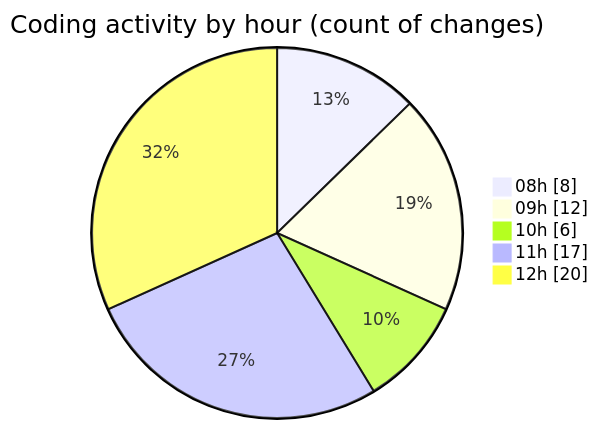
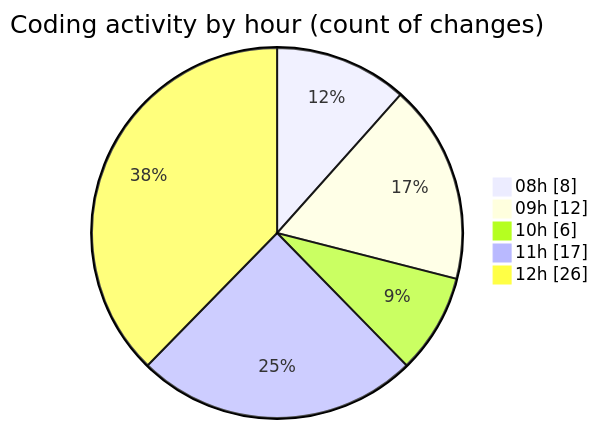
Before and after one commit to momahboobian/code-tracking: the second of 2 diagrams in 2025-09-15/cda/README.md, drawn with Mermaid. The commit also changed other lines of this file and 1 other file, not shown here.

````diff
--- a/2025-09-15/cda/README.md
+++ b/2025-09-15/cda/README.md
@@ -32,9 +32,9 @@
 ```mermaid
 pie showData
 title Coding activity by hour (count of changes)
 "08h" : 8
 "09h" : 12
 "10h" : 6
 "11h" : 17
-"12h" : 20
+"12h" : 26
 ```
````
